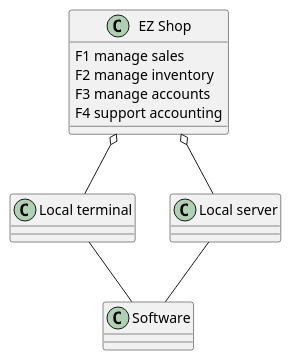
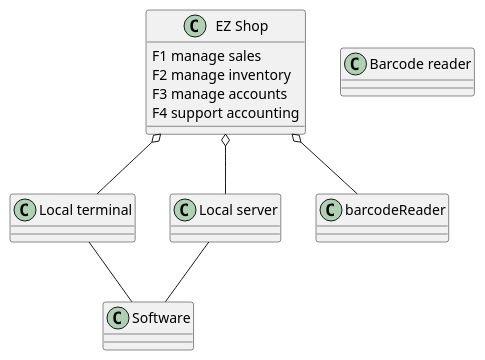
The sixth of 7 diagrams in Deliverables/RequirementsDocument.md (nicolabattaglino/ezshop), drawn with PlantUML before and after one commit. The commit also changed other lines of this file, not shown here.

````diff
--- a/Deliverables/RequirementsDocument.md
+++ b/Deliverables/RequirementsDocument.md
@@ -859,25 +872,26 @@
 ```plantuml
 @startuml
 
 class "EZ Shop" as EZShop{
 F1 manage sales 
 F2 manage inventory
 F3 manage accounts
 F4 support accounting
 }
 
 class "Local terminal" as localTerminal{
 }
 class "Local server" as localServer{
 }
 
-
+class "Barcode reader" as barcodeReade
 class "Software" as software 
 EZShop o-- localTerminal
 localTerminal -- software
 localServer -- software
 EZShop o-- localServer
+EZShop o-- barcodeReader
 
 
 @enduml
 ```
````
